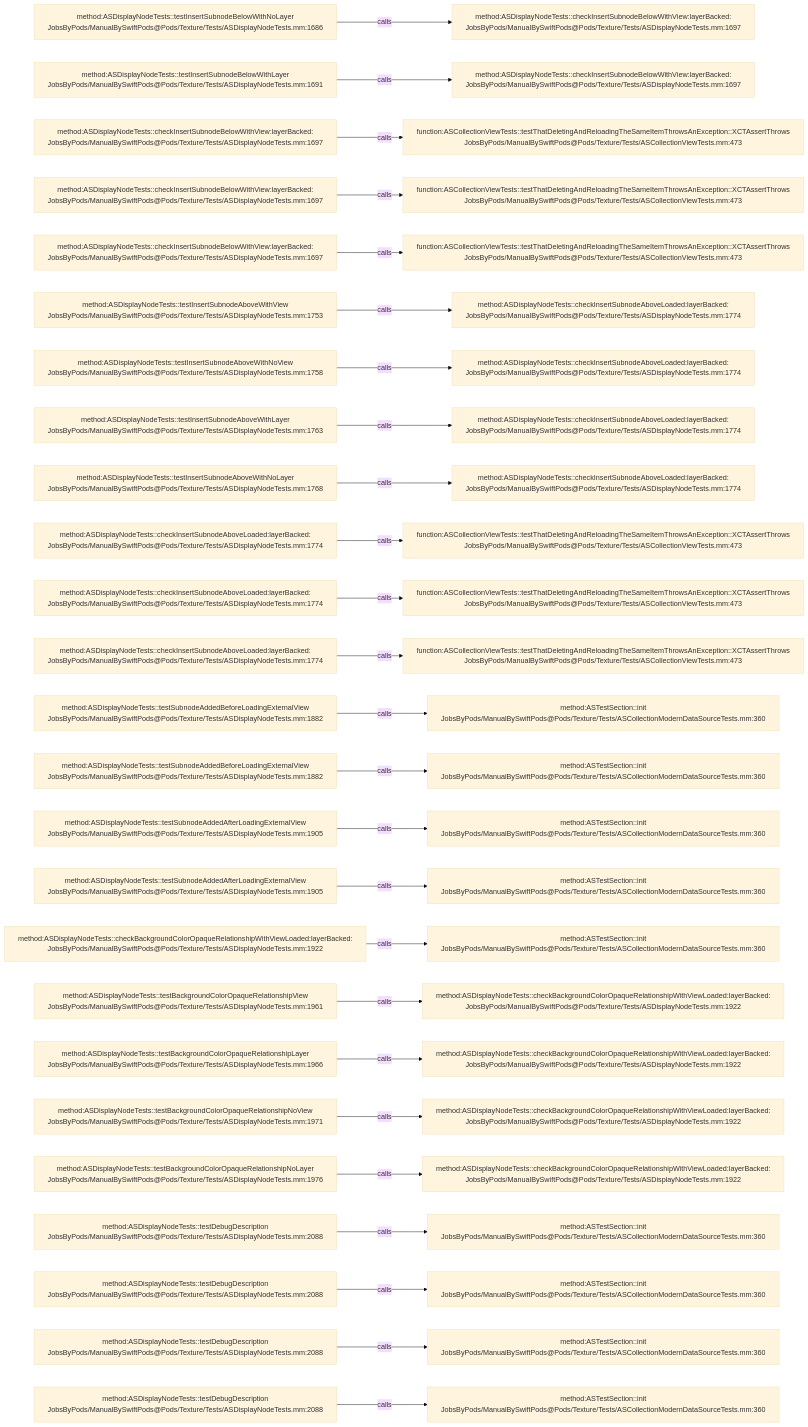
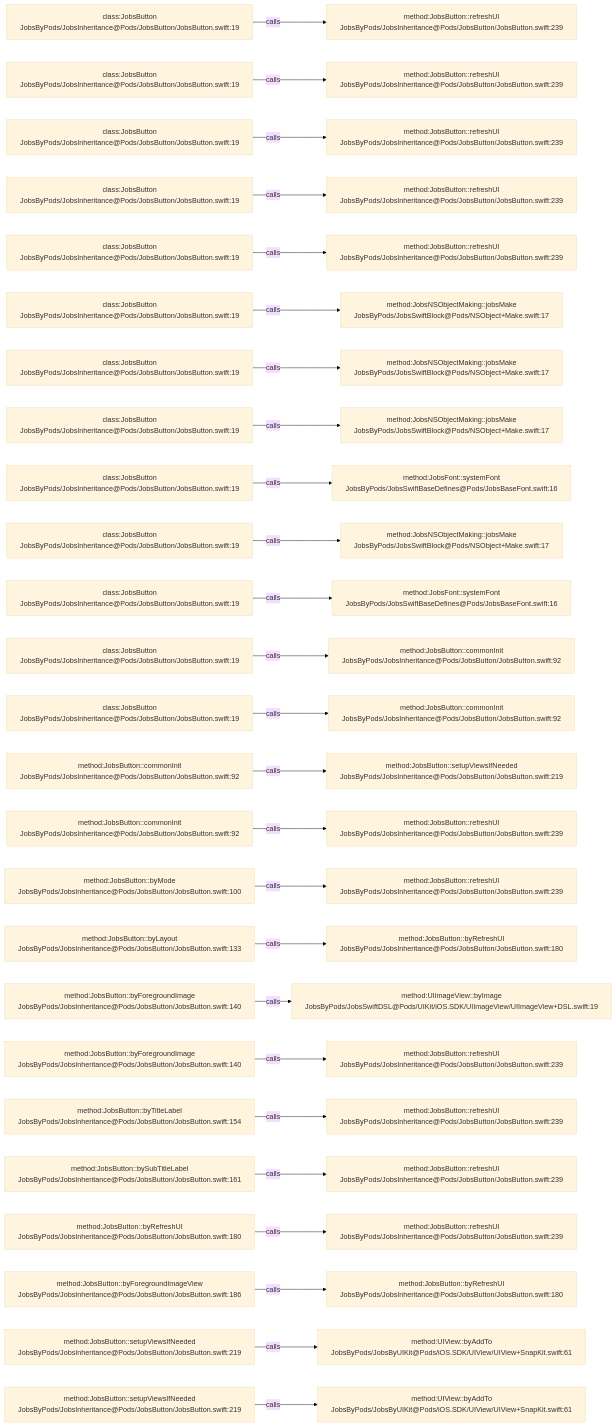
The diagram in .codegraph/codegraph.md/graphs/calls-193.md (JobsKits/JobsSwiftBaseConfigDemo), drawn with Mermaid (base theme) before and after one commit. The commit also changed 224 other files, not shown here.

````diff
--- a/.codegraph/codegraph.md/graphs/calls-193.md
+++ b/.codegraph/codegraph.md/graphs/calls-193.md
@@ -13,78 +13,78 @@
 ```mermaid
 flowchart LR
-  S1["method:ASDisplayNodeTests::testInsertSubnodeBelowWithNoLayer<br/>JobsByPods/ManualBySwiftPods@Pods/Texture/Tests/ASDisplayNodeTests.mm:1686"]
-  T1["method:ASDisplayNodeTests::checkInsertSubnodeBelowWithView:layerBacked:<br/>JobsByPods/ManualBySwiftPods@Pods/Texture/Tests/ASDisplayNodeTests.mm:1697"]
+  S1["class:JobsButton<br/>JobsByPods/JobsInheritance@Pods/JobsButton/JobsButton.swift:19"]
+  T1["method:JobsButton::refreshUI<br/>JobsByPods/JobsInheritance@Pods/JobsButton/JobsButton.swift:239"]
   S1 -->|calls| T1
-  S2["method:ASDisplayNodeTests::testInsertSubnodeBelowWithLayer<br/>JobsByPods/ManualBySwiftPods@Pods/Texture/Tests/ASDisplayNodeTests.mm:1691"]
-  T2["method:ASDisplayNodeTests::checkInsertSubnodeBelowWithView:layerBacked:<br/>JobsByPods/ManualBySwiftPods@Pods/Texture/Tests/ASDisplayNodeTests.mm:1697"]
+  S2["class:JobsButton<br/>JobsByPods/JobsInheritance@Pods/JobsButton/JobsButton.swift:19"]
+  T2["method:JobsButton::refreshUI<br/>JobsByPods/JobsInheritance@Pods/JobsButton/JobsButton.swift:239"]
   S2 -->|calls| T2
-  S3["method:ASDisplayNodeTests::checkInsertSubnodeBelowWithView:layerBacked:<br/>JobsByPods/ManualBySwiftPods@Pods/Texture/Tests/ASDisplayNodeTests.mm:1697"]
-  T3["function:ASCollectionViewTests::testThatDeletingAndReloadingTheSameItemThrowsAnException::XCTAssertThrows<br/>JobsByPods/ManualBySwiftPods@Pods/Texture/Tests/ASCollectionViewTests.mm:473"]
+  S3["class:JobsButton<br/>JobsByPods/JobsInheritance@Pods/JobsButton/JobsButton.swift:19"]
+  T3["method:JobsButton::refreshUI<br/>JobsByPods/JobsInheritance@Pods/JobsButton/JobsButton.swift:239"]
   S3 -->|calls| T3
-  S4["method:ASDisplayNodeTests::checkInsertSubnodeBelowWithView:layerBacked:<br/>JobsByPods/ManualBySwiftPods@Pods/Texture/Tests/ASDisplayNodeTests.mm:1697"]
-  T4["function:ASCollectionViewTests::testThatDeletingAndReloadingTheSameItemThrowsAnException::XCTAssertThrows<br/>JobsByPods/ManualBySwiftPods@Pods/Texture/Tests/ASCollectionViewTests.mm:473"]
+  S4["class:JobsButton<br/>JobsByPods/JobsInheritance@Pods/JobsButton/JobsButton.swift:19"]
+  T4["method:JobsButton::refreshUI<br/>JobsByPods/JobsInheritance@Pods/JobsButton/JobsButton.swift:239"]
   S4 -->|calls| T4
-  S5["method:ASDisplayNodeTests::checkInsertSubnodeBelowWithView:layerBacked:<br/>JobsByPods/ManualBySwiftPods@Pods/Texture/Tests/ASDisplayNodeTests.mm:1697"]
-  T5["function:ASCollectionViewTests::testThatDeletingAndReloadingTheSameItemThrowsAnException::XCTAssertThrows<br/>JobsByPods/ManualBySwiftPods@Pods/Texture/Tests/ASCollectionViewTests.mm:473"]
+  S5["class:JobsButton<br/>JobsByPods/JobsInheritance@Pods/JobsButton/JobsButton.swift:19"]
+  T5["method:JobsButton::refreshUI<br/>JobsByPods/JobsInheritance@Pods/JobsButton/JobsButton.swift:239"]
   S5 -->|calls| T5
-  S6["method:ASDisplayNodeTests::testInsertSubnodeAboveWithView<br/>JobsByPods/ManualBySwiftPods@Pods/Texture/Tests/ASDisplayNodeTests.mm:1753"]
-  T6["method:ASDisplayNodeTests::checkInsertSubnodeAboveLoaded:layerBacked:<br/>JobsByPods/ManualBySwiftPods@Pods/Texture/Tests/ASDisplayNodeTests.mm:1774"]
+  S6["class:JobsButton<br/>JobsByPods/JobsInheritance@Pods/JobsButton/JobsButton.swift:19"]
+  T6["method:JobsNSObjectMaking::jobsMake<br/>JobsByPods/JobsSwiftBlock@Pods/NSObject+Make.swift:17"]
   S6 -->|calls| T6
-  S7["method:ASDisplayNodeTests::testInsertSubnodeAboveWithNoView<br/>JobsByPods/ManualBySwiftPods@Pods/Texture/Tests/ASDisplayNodeTests.mm:1758"]
-  T7["method:ASDisplayNodeTests::checkInsertSubnodeAboveLoaded:layerBacked:<br/>JobsByPods/ManualBySwiftPods@Pods/Texture/Tests/ASDisplayNodeTests.mm:1774"]
+  S7["class:JobsButton<br/>JobsByPods/JobsInheritance@Pods/JobsButton/JobsButton.swift:19"]
+  T7["method:JobsNSObjectMaking::jobsMake<br/>JobsByPods/JobsSwiftBlock@Pods/NSObject+Make.swift:17"]
   S7 -->|calls| T7
-  S8["method:ASDisplayNodeTests::testInsertSubnodeAboveWithLayer<br/>JobsByPods/ManualBySwiftPods@Pods/Texture/Tests/ASDisplayNodeTests.mm:1763"]
-  T8["method:ASDisplayNodeTests::checkInsertSubnodeAboveLoaded:layerBacked:<br/>JobsByPods/ManualBySwiftPods@Pods/Texture/Tests/ASDisplayNodeTests.mm:1774"]
+  S8["class:JobsButton<br/>JobsByPods/JobsInheritance@Pods/JobsButton/JobsButton.swift:19"]
+  T8["method:JobsNSObjectMaking::jobsMake<br/>JobsByPods/JobsSwiftBlock@Pods/NSObject+Make.swift:17"]
   S8 -->|calls| T8
-  S9["method:ASDisplayNodeTests::testInsertSubnodeAboveWithNoLayer<br/>JobsByPods/ManualBySwiftPods@Pods/Texture/Tests/ASDisplayNodeTests.mm:1768"]
-  T9["method:ASDisplayNodeTests::checkInsertSubnodeAboveLoaded:layerBacked:<br/>JobsByPods/ManualBySwiftPods@Pods/Texture/Tests/ASDisplayNodeTests.mm:1774"]
+  S9["class:JobsButton<br/>JobsByPods/JobsInheritance@Pods/JobsButton/JobsButton.swift:19"]
+  T9["method:JobsFont::systemFont<br/>JobsByPods/JobsSwiftBaseDefines@Pods/JobsBaseFont.swift:16"]
   S9 -->|calls| T9
-  S10["method:ASDisplayNodeTests::checkInsertSubnodeAboveLoaded:layerBacked:<br/>JobsByPods/ManualBySwiftPods@Pods/Texture/Tests/ASDisplayNodeTests.mm:1774"]
-  T10["function:ASCollectionViewTests::testThatDeletingAndReloadingTheSameItemThrowsAnException::XCTAssertThrows<br/>JobsByPods/ManualBySwiftPods@Pods/Texture/Tests/ASCollectionViewTests.mm:473"]
+  S10["class:JobsButton<br/>JobsByPods/JobsInheritance@Pods/JobsButton/JobsButton.swift:19"]
+  T10["method:JobsNSObjectMaking::jobsMake<br/>JobsByPods/JobsSwiftBlock@Pods/NSObject+Make.swift:17"]
   S10 -->|calls| T10
-  S11["method:ASDisplayNodeTests::checkInsertSubnodeAboveLoaded:layerBacked:<br/>JobsByPods/ManualBySwiftPods@Pods/Texture/Tests/ASDisplayNodeTests.mm:1774"]
-  T11["function:ASCollectionViewTests::testThatDeletingAndReloadingTheSameItemThrowsAnException::XCTAssertThrows<br/>JobsByPods/ManualBySwiftPods@Pods/Texture/Tests/ASCollectionViewTests.mm:473"]
+  S11["class:JobsButton<br/>JobsByPods/JobsInheritance@Pods/JobsButton/JobsButton.swift:19"]
+  T11["method:JobsFont::systemFont<br/>JobsByPods/JobsSwiftBaseDefines@Pods/JobsBaseFont.swift:16"]
   S11 -->|calls| T11
-  S12["method:ASDisplayNodeTests::checkInsertSubnodeAboveLoaded:layerBacked:<br/>JobsByPods/ManualBySwiftPods@Pods/Texture/Tests/ASDisplayNodeTests.mm:1774"]
-  T12["function:ASCollectionViewTests::testThatDeletingAndReloadingTheSameItemThrowsAnException::XCTAssertThrows<br/>JobsByPods/ManualBySwiftPods@Pods/Texture/Tests/ASCollectionViewTests.mm:473"]
+  S12["class:JobsButton<br/>JobsByPods/JobsInheritance@Pods/JobsButton/JobsButton.swift:19"]
+  T12["method:JobsButton::commonInit<br/>JobsByPods/JobsInheritance@Pods/JobsButton/JobsButton.swift:92"]
   S12 -->|calls| T12
-  S13["method:ASDisplayNodeTests::testSubnodeAddedBeforeLoadingExternalView<br/>JobsByPods/ManualBySwiftPods@Pods/Texture/Tests/ASDisplayNodeTests.mm:1882"]
-  T13["method:ASTestSection::init<br/>JobsByPods/ManualBySwiftPods@Pods/Texture/Tests/ASCollectionModernDataSourceTests.mm:360"]
+  S13["class:JobsButton<br/>JobsByPods/JobsInheritance@Pods/JobsButton/JobsButton.swift:19"]
+  T13["method:JobsButton::commonInit<br/>JobsByPods/JobsInheritance@Pods/JobsButton/JobsButton.swift:92"]
   S13 -->|calls| T13
-  S14["method:ASDisplayNodeTests::testSubnodeAddedBeforeLoadingExternalView<br/>JobsByPods/ManualBySwiftPods@Pods/Texture/Tests/ASDisplayNodeTests.mm:1882"]
-  T14["method:ASTestSection::init<br/>JobsByPods/ManualBySwiftPods@Pods/Texture/Tests/ASCollectionModernDataSourceTests.mm:360"]
+  S14["method:JobsButton::commonInit<br/>JobsByPods/JobsInheritance@Pods/JobsButton/JobsButton.swift:92"]
+  T14["method:JobsButton::setupViewsIfNeeded<br/>JobsByPods/JobsInheritance@Pods/JobsButton/JobsButton.swift:219"]
   S14 -->|calls| T14
-  S15["method:ASDisplayNodeTests::testSubnodeAddedAfterLoadingExternalView<br/>JobsByPods/ManualBySwiftPods@Pods/Texture/Tests/ASDisplayNodeTests.mm:1905"]
-  T15["method:ASTestSection::init<br/>JobsByPods/ManualBySwiftPods@Pods/Texture/Tests/ASCollectionModernDataSourceTests.mm:360"]
+  S15["method:JobsButton::commonInit<br/>JobsByPods/JobsInheritance@Pods/JobsButton/JobsButton.swift:92"]
+  T15["method:JobsButton::refreshUI<br/>JobsByPods/JobsInheritance@Pods/JobsButton/JobsButton.swift:239"]
   S15 -->|calls| T15
-  S16["method:ASDisplayNodeTests::testSubnodeAddedAfterLoadingExternalView<br/>JobsByPods/ManualBySwiftPods@Pods/Texture/Tests/ASDisplayNodeTests.mm:1905"]
-  T16["method:ASTestSection::init<br/>JobsByPods/ManualBySwiftPods@Pods/Texture/Tests/ASCollectionModernDataSourceTests.mm:360"]
+  S16["method:JobsButton::byMode<br/>JobsByPods/JobsInheritance@Pods/JobsButton/JobsButton.swift:100"]
+  T16["method:JobsButton::refreshUI<br/>JobsByPods/JobsInheritance@Pods/JobsButton/JobsButton.swift:239"]
   S16 -->|calls| T16
-  S17["method:ASDisplayNodeTests::checkBackgroundColorOpaqueRelationshipWithViewLoaded:layerBacked:<br/>JobsByPods/ManualBySwiftPods@Pods/Texture/Tests/ASDisplayNodeTests.mm:1922"]
-  T17["method:ASTestSection::init<br/>JobsByPods/ManualBySwiftPods@Pods/Texture/Tests/ASCollectionModernDataSourceTests.mm:360"]
+  S17["method:JobsButton::byLayout<br/>JobsByPods/JobsInheritance@Pods/JobsButton/JobsButton.swift:133"]
+  T17["method:JobsButton::byRefreshUI<br/>JobsByPods/JobsInheritance@Pods/JobsButton/JobsButton.swift:180"]
   S17 -->|calls| T17
-  S18["method:ASDisplayNodeTests::testBackgroundColorOpaqueRelationshipView<br/>JobsByPods/ManualBySwiftPods@Pods/Texture/Tests/ASDisplayNodeTests.mm:1961"]
-  T18["method:ASDisplayNodeTests::checkBackgroundColorOpaqueRelationshipWithViewLoaded:layerBacked:<br/>JobsByPods/ManualBySwiftPods@Pods/Texture/Tests/ASDisplayNodeTests.mm:1922"]
+  S18["method:JobsButton::byForegroundImage<br/>JobsByPods/JobsInheritance@Pods/JobsButton/JobsButton.swift:140"]
+  T18["method:UIImageView::byImage<br/>JobsByPods/JobsSwiftDSL@Pods/UIKit/iOS.SDK/UIImageView/UIImageView+DSL.swift:19"]
   S18 -->|calls| T18
-  S19["method:ASDisplayNodeTests::testBackgroundColorOpaqueRelationshipLayer<br/>JobsByPods/ManualBySwiftPods@Pods/Texture/Tests/ASDisplayNodeTests.mm:1966"]
-  T19["method:ASDisplayNodeTests::checkBackgroundColorOpaqueRelationshipWithViewLoaded:layerBacked:<br/>JobsByPods/ManualBySwiftPods@Pods/Texture/Tests/ASDisplayNodeTests.mm:1922"]
+  S19["method:JobsButton::byForegroundImage<br/>JobsByPods/JobsInheritance@Pods/JobsButton/JobsButton.swift:140"]
+  T19["method:JobsButton::refreshUI<br/>JobsByPods/JobsInheritance@Pods/JobsButton/JobsButton.swift:239"]
   S19 -->|calls| T19
-  S20["method:ASDisplayNodeTests::testBackgroundColorOpaqueRelationshipNoView<br/>JobsByPods/ManualBySwiftPods@Pods/Texture/Tests/ASDisplayNodeTests.mm:1971"]
-  T20["method:ASDisplayNodeTests::checkBackgroundColorOpaqueRelationshipWithViewLoaded:layerBacked:<br/>JobsByPods/ManualBySwiftPods@Pods/Texture/Tests/ASDisplayNodeTests.mm:1922"]
+  S20["method:JobsButton::byTitleLabel<br/>JobsByPods/JobsInheritance@Pods/JobsButton/JobsButton.swift:154"]
+  T20["method:JobsButton::refreshUI<br/>JobsByPods/JobsInheritance@Pods/JobsButton/JobsButton.swift:239"]
   S20 -->|calls| T20
-  S21["method:ASDisplayNodeTests::testBackgroundColorOpaqueRelationshipNoLayer<br/>JobsByPods/ManualBySwiftPods@Pods/Texture/Tests/ASDisplayNodeTests.mm:1976"]
-  T21["method:ASDisplayNodeTests::checkBackgroundColorOpaqueRelationshipWithViewLoaded:layerBacked:<br/>JobsByPods/ManualBySwiftPods@Pods/Texture/Tests/ASDisplayNodeTests.mm:1922"]
+  S21["method:JobsButton::bySubTitleLabel<br/>JobsByPods/JobsInheritance@Pods/JobsButton/JobsButton.swift:161"]
+  T21["method:JobsButton::refreshUI<br/>JobsByPods/JobsInheritance@Pods/JobsButton/JobsButton.swift:239"]
   S21 -->|calls| T21
-  S22["method:ASDisplayNodeTests::testDebugDescription<br/>JobsByPods/ManualBySwiftPods@Pods/Texture/Tests/ASDisplayNodeTests.mm:2088"]
-  T22["method:ASTestSection::init<br/>JobsByPods/ManualBySwiftPods@Pods/Texture/Tests/ASCollectionModernDataSourceTests.mm:360"]
+  S22["method:JobsButton::byRefreshUI<br/>JobsByPods/JobsInheritance@Pods/JobsButton/JobsButton.swift:180"]
+  T22["method:JobsButton::refreshUI<br/>JobsByPods/JobsInheritance@Pods/JobsButton/JobsButton.swift:239"]
   S22 -->|calls| T22
-  S23["method:ASDisplayNodeTests::testDebugDescription<br/>JobsByPods/ManualBySwiftPods@Pods/Texture/Tests/ASDisplayNodeTests.mm:2088"]
-  T23["method:ASTestSection::init<br/>JobsByPods/ManualBySwiftPods@Pods/Texture/Tests/ASCollectionModernDataSourceTests.mm:360"]
+  S23["method:JobsButton::byForegroundImageView<br/>JobsByPods/JobsInheritance@Pods/JobsButton/JobsButton.swift:186"]
+  T23["method:JobsButton::byRefreshUI<br/>JobsByPods/JobsInheritance@Pods/JobsButton/JobsButton.swift:180"]
   S23 -->|calls| T23
-  S24["method:ASDisplayNodeTests::testDebugDescription<br/>JobsByPods/ManualBySwiftPods@Pods/Texture/Tests/ASDisplayNodeTests.mm:2088"]
-  T24["method:ASTestSection::init<br/>JobsByPods/ManualBySwiftPods@Pods/Texture/Tests/ASCollectionModernDataSourceTests.mm:360"]
+  S24["method:JobsButton::setupViewsIfNeeded<br/>JobsByPods/JobsInheritance@Pods/JobsButton/JobsButton.swift:219"]
+  T24["method:UIView::byAddTo<br/>JobsByPods/JobsByUIKit@Pods/iOS.SDK/UIView/UIView+SnapKit.swift:61"]
   S24 -->|calls| T24
-  S25["method:ASDisplayNodeTests::testDebugDescription<br/>JobsByPods/ManualBySwiftPods@Pods/Texture/Tests/ASDisplayNodeTests.mm:2088"]
-  T25["method:ASTestSection::init<br/>JobsByPods/ManualBySwiftPods@Pods/Texture/Tests/ASCollectionModernDataSourceTests.mm:360"]
+  S25["method:JobsButton::setupViewsIfNeeded<br/>JobsByPods/JobsInheritance@Pods/JobsButton/JobsButton.swift:219"]
+  T25["method:UIView::byAddTo<br/>JobsByPods/JobsByUIKit@Pods/iOS.SDK/UIView/UIView+SnapKit.swift:61"]
   S25 -->|calls| T25
 ```
````
